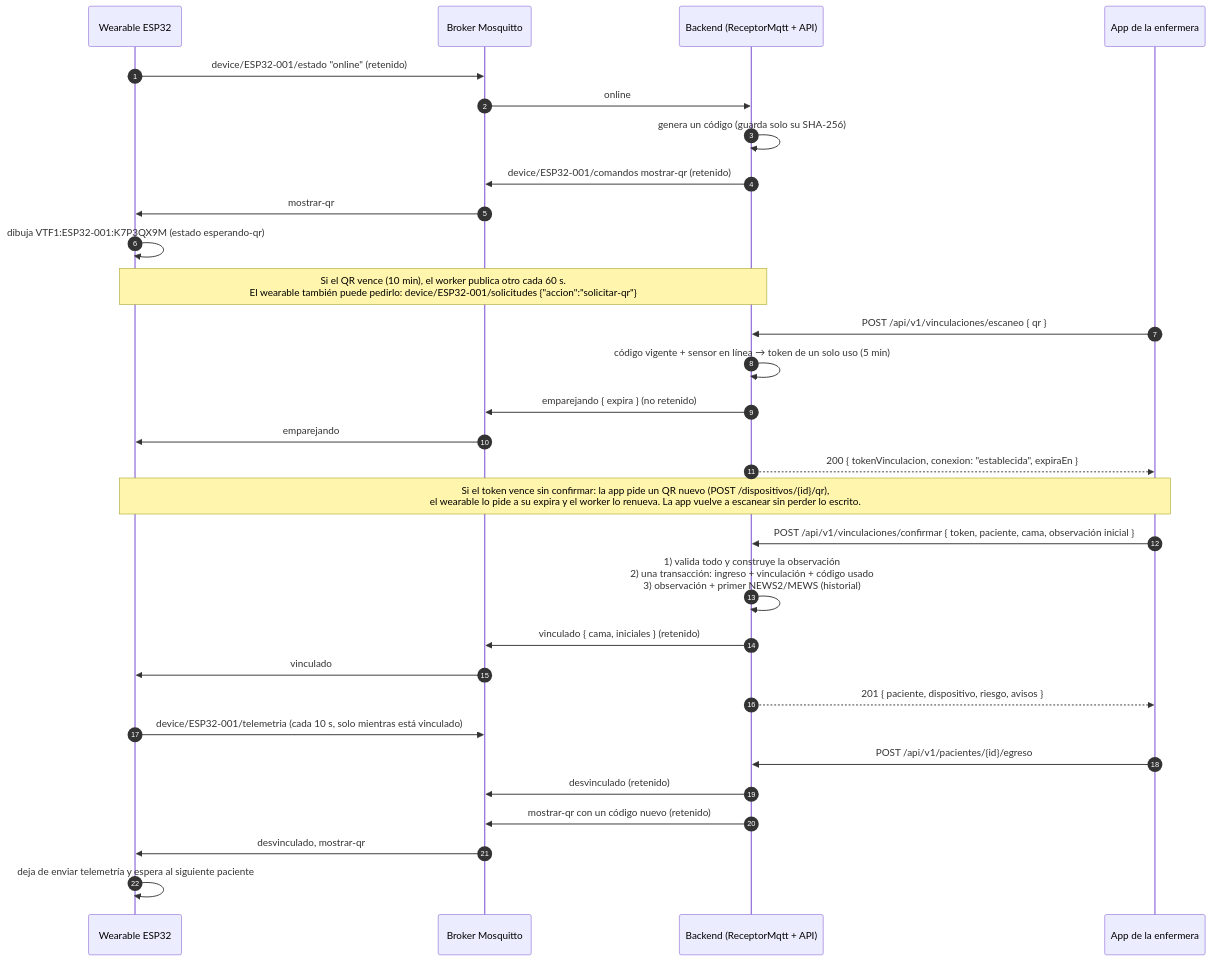
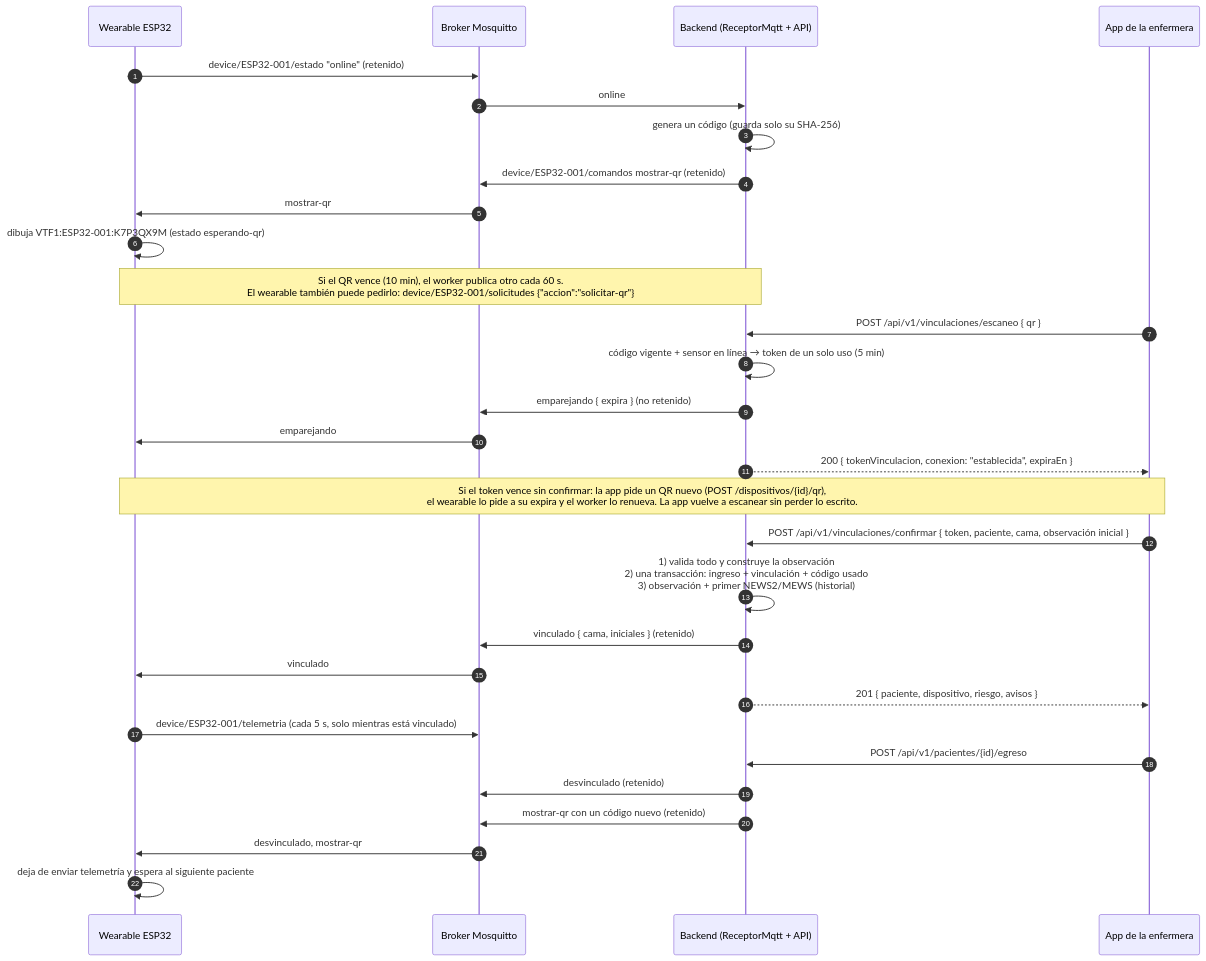
One commit to Kmykh/Vitalify-Backend changed the diagram in docs/vinculacion-qr.md. Above: the diagram before and after it, drawn with Mermaid. The commit also changed 7 other files, not shown here.

````diff
--- a/docs/vinculacion-qr.md
+++ b/docs/vinculacion-qr.md
@@ -9,38 +9,38 @@
 ```mermaid
 sequenceDiagram
     autonumber
     participant W as Wearable ESP32
     participant B as Broker Mosquitto
     participant API as Backend (ReceptorMqtt + API)
     participant E as App de la enfermera
 
     W->>B: device/ESP32-001/estado "online" (retenido)
     B->>API: online
     API->>API: genera un código (guarda solo su SHA-256)
     API->>B: device/ESP32-001/comandos mostrar-qr (retenido)
     B->>W: mostrar-qr
     W->>W: dibuja VTF1:ESP32-001:K7P3QX9M (estado esperando-qr)
 
     Note over W,API: Si el QR vence (10 min), el worker publica otro cada 60 s.<br/>El wearable también puede pedirlo: device/ESP32-001/solicitudes {"accion":"solicitar-qr"}
 
     E->>API: POST /api/v1/vinculaciones/escaneo { qr }
     API->>API: código vigente + sensor en línea → token de un solo uso (5 min)
     API->>B: emparejando { expira } (no retenido)
     B->>W: emparejando
     API-->>E: 200 { tokenVinculacion, conexion: "establecida", expiraEn }
 
     Note over W,E: Si el token vence sin confirmar: la app pide un QR nuevo (POST /dispositivos/{id}/qr),<br/>el wearable lo pide a su expira y el worker lo renueva. La app vuelve a escanear sin perder lo escrito.
 
     E->>API: POST /api/v1/vinculaciones/confirmar { token, paciente, cama, observación inicial }
     API->>API: 1) valida todo y construye la observación<br/>2) una transacción: ingreso + vinculación + código usado<br/>3) observación + primer NEWS2/MEWS (historial)
     API->>B: vinculado { cama, iniciales } (retenido)
     B->>W: vinculado
     API-->>E: 201 { paciente, dispositivo, riesgo, avisos }
-    W->>B: device/ESP32-001/telemetria (cada 10 s, solo mientras está vinculado)
+    W->>B: device/ESP32-001/telemetria (cada 5 s, solo mientras está vinculado)
 
     E->>API: POST /api/v1/pacientes/{id}/egreso
     API->>B: desvinculado (retenido)
     API->>B: mostrar-qr con un código nuevo (retenido)
     B->>W: desvinculado, mostrar-qr
     W->>W: deja de enviar telemetría y espera al siguiente paciente
 ```
````
